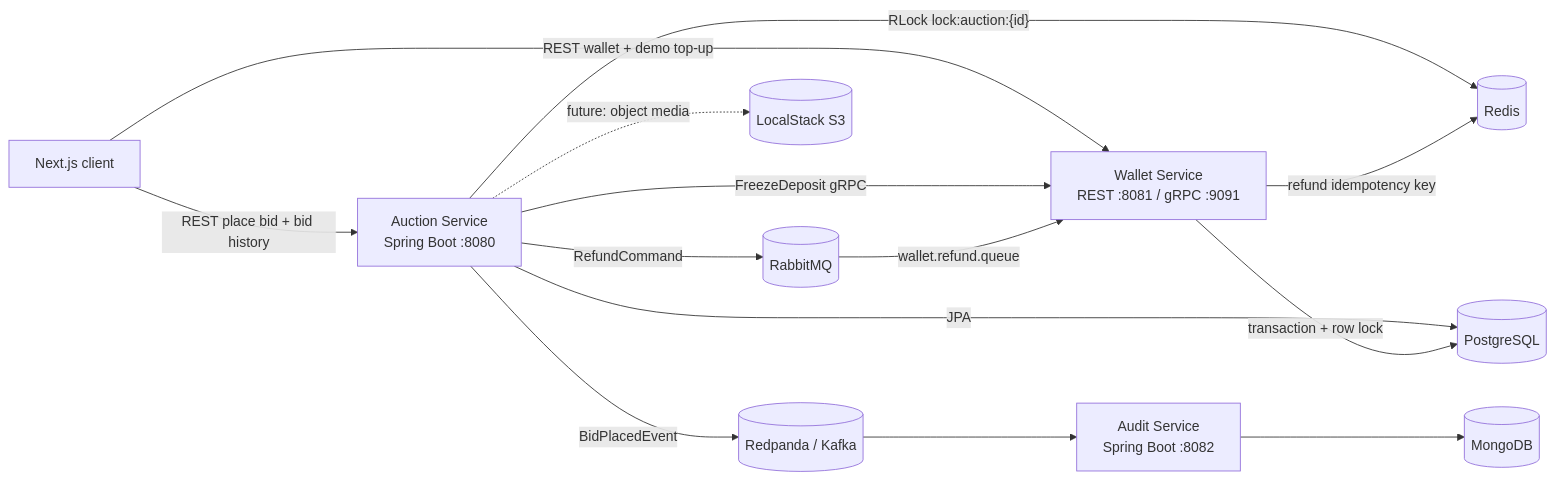
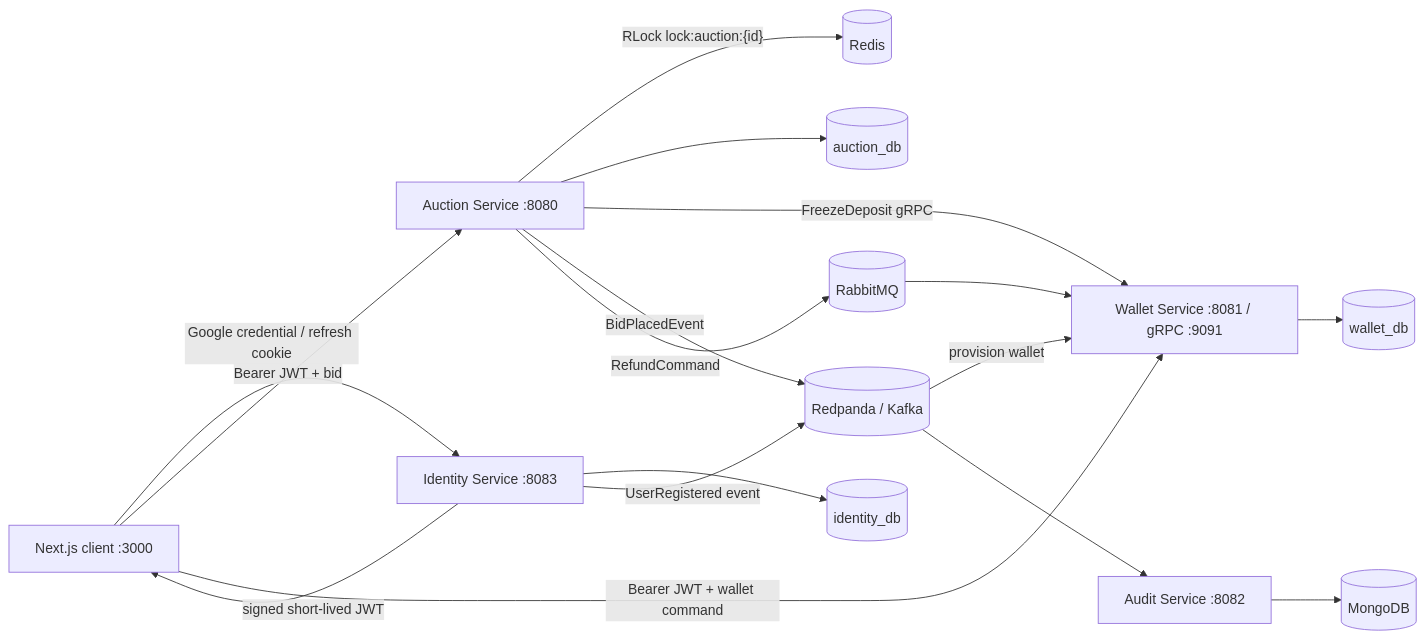
Before and after one commit to okuminhphen/omnibid: the first of 3 diagrams in README.md, drawn with Mermaid. The commit also changed other lines of this file and 4 other files, not shown here.

Commit message:
docs: add architecture overview, sequence diagrams, and environment specifications

````diff
--- a/README.md
+++ b/README.md
@@ -9,27 +14,32 @@
 ```mermaid
 flowchart LR
-    Browser["Next.js client"]
-    Auction["Auction Service<br/>Spring Boot :8080"]
-    Wallet["Wallet Service<br/>REST :8081 / gRPC :9091"]
-    Audit["Audit Service<br/>Spring Boot :8082"]
-    PG[("PostgreSQL")]
-    Redis[("Redis")]
-    Kafka[("Redpanda / Kafka")]
-    Rabbit[("RabbitMQ")]
-    Mongo[("MongoDB")]
-    S3[("LocalStack S3")]
+    Browser["Next.js client :3000"]
+    Identity["Identity Service :8083"]
+    Auction["Auction Service :8080"]
+    Wallet["Wallet Service :8081 / gRPC :9091"]
+    Audit["Audit Service :8082"]
+    IDDB[(identity_db)]
+    ADB[(auction_db)]
+    WDB[(wallet_db)]
+    Redis[(Redis)]
+    Kafka[(Redpanda / Kafka)]
+    Rabbit[(RabbitMQ)]
+    Mongo[(MongoDB)]
 
-    Browser -->|"REST place bid + bid history"| Auction
-    Browser -->|"REST wallet + demo top-up"| Wallet
+    Browser -->|"Google credential / refresh cookie"| Identity
+    Identity --> IDDB
+    Identity -->|"signed short-lived JWT"| Browser
+    Identity -->|"UserRegistered event"| Kafka
+    Browser -->|"Bearer JWT + bid"| Auction
+    Browser -->|"Bearer JWT + wallet command"| Wallet
     Auction -->|"RLock lock:auction:{id}"| Redis
-    Auction -->|"JPA"| PG
+    Auction --> ADB
     Auction -->|"FreezeDeposit gRPC"| Wallet
-    Wallet -->|"transaction + row lock"| PG
-    Wallet -->|"refund idempotency key"| Redis
+    Wallet --> WDB
+    Kafka -->|"provision wallet"| Wallet
     Auction -->|"BidPlacedEvent"| Kafka
     Kafka --> Audit
     Audit --> Mongo
     Auction -->|"RefundCommand"| Rabbit
-    Rabbit -->|"wallet.refund.queue"| Wallet
-    Auction -. "future: object media" .-> S3
+    Rabbit --> Wallet
 ```
````
